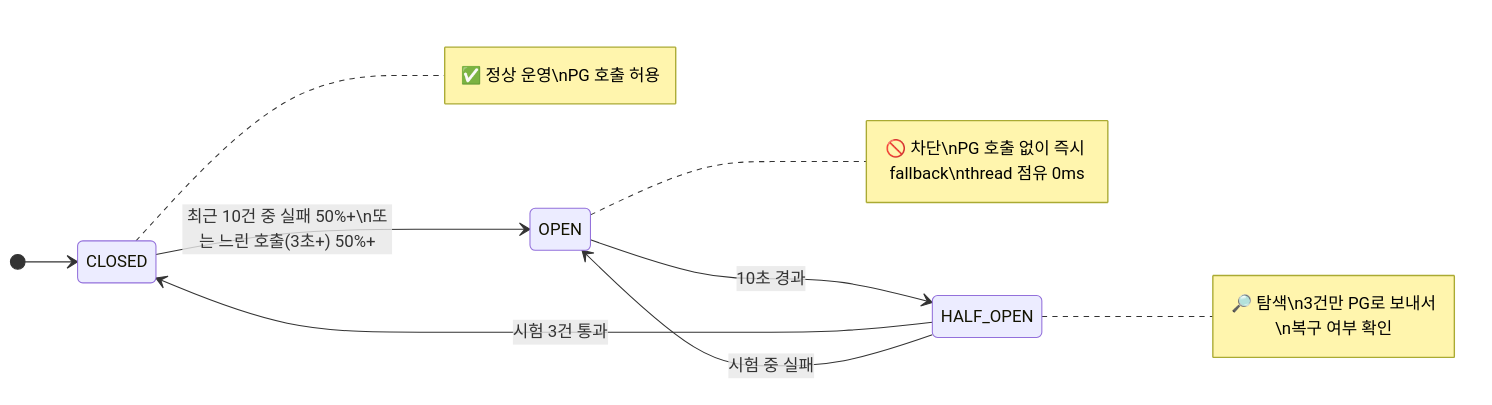
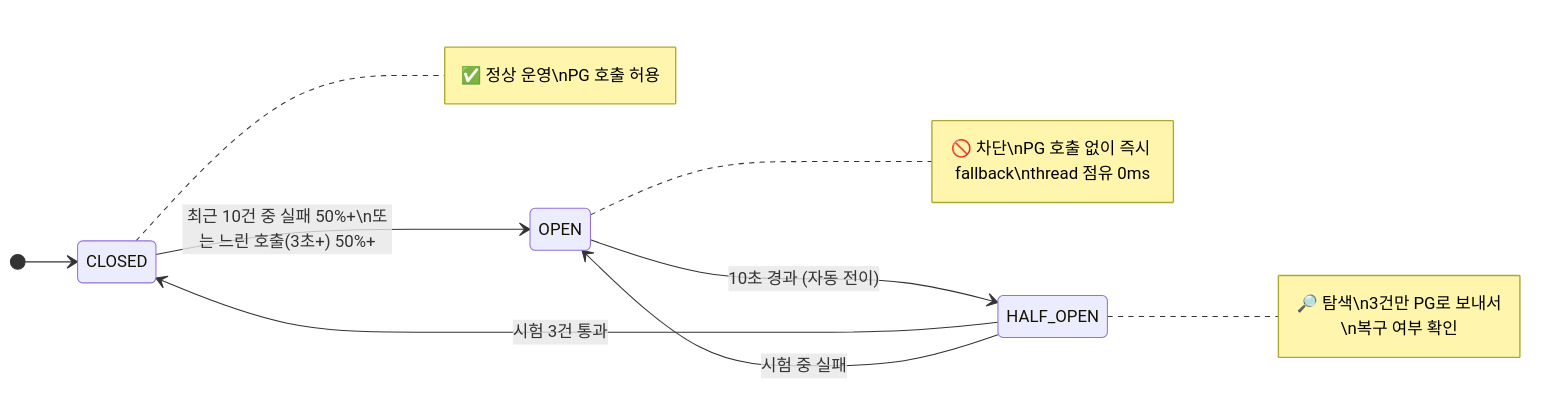
One commit to hyungkishin/hyungkishin.github.io changed the fifth of 10 diagrams in contents/posts/roopers/technical-writing/round6/index.md. Above: the diagram before and after it, drawn with Mermaid. The commit also changed other lines of this file and 1 other file, not shown here.

````diff
--- a/contents/posts/roopers/technical-writing/round6/index.md
+++ b/contents/posts/roopers/technical-writing/round6/index.md
@@ -204,14 +221,14 @@
 ```mermaid
 stateDiagram-v2
     direction LR
     [*] --> CLOSED
 
     CLOSED --> OPEN: 최근 10건 중 실패 50%+\n또는 느린 호출(3초+) 50%+
-    OPEN --> HALF_OPEN: 10초 경과
+    OPEN --> HALF_OPEN: 10초 경과 (자동 전이)
     HALF_OPEN --> CLOSED: 시험 3건 통과
     HALF_OPEN --> OPEN: 시험 중 실패
 
     note right of CLOSED: ✅ 정상 운영\nPG 호출 허용
     note right of OPEN: 🚫 차단\nPG 호출 없이 즉시 fallback\nthread 점유 0ms
     note right of HALF_OPEN: 🔎 탐색\n3건만 PG로 보내서\n복구 여부 확인
 ```
````
